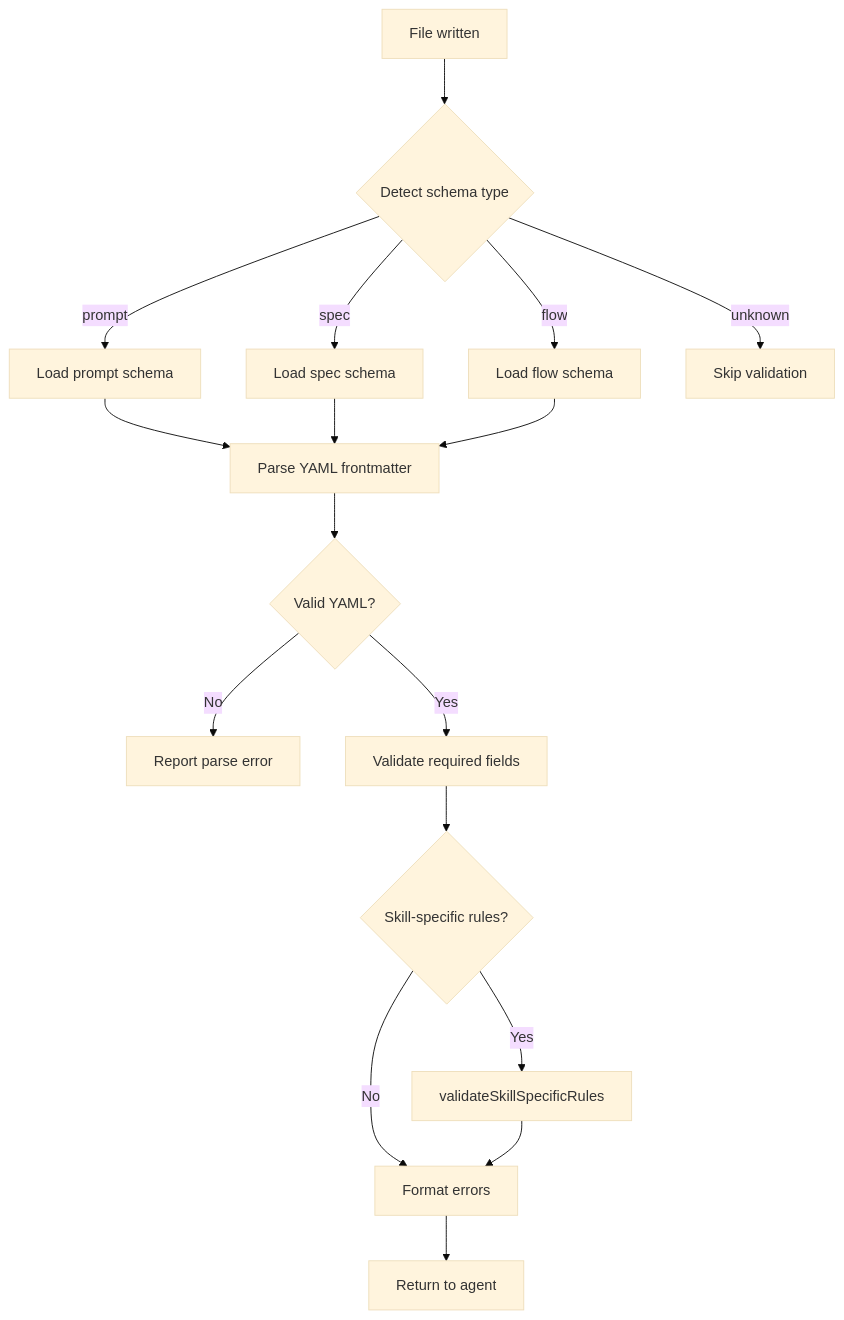
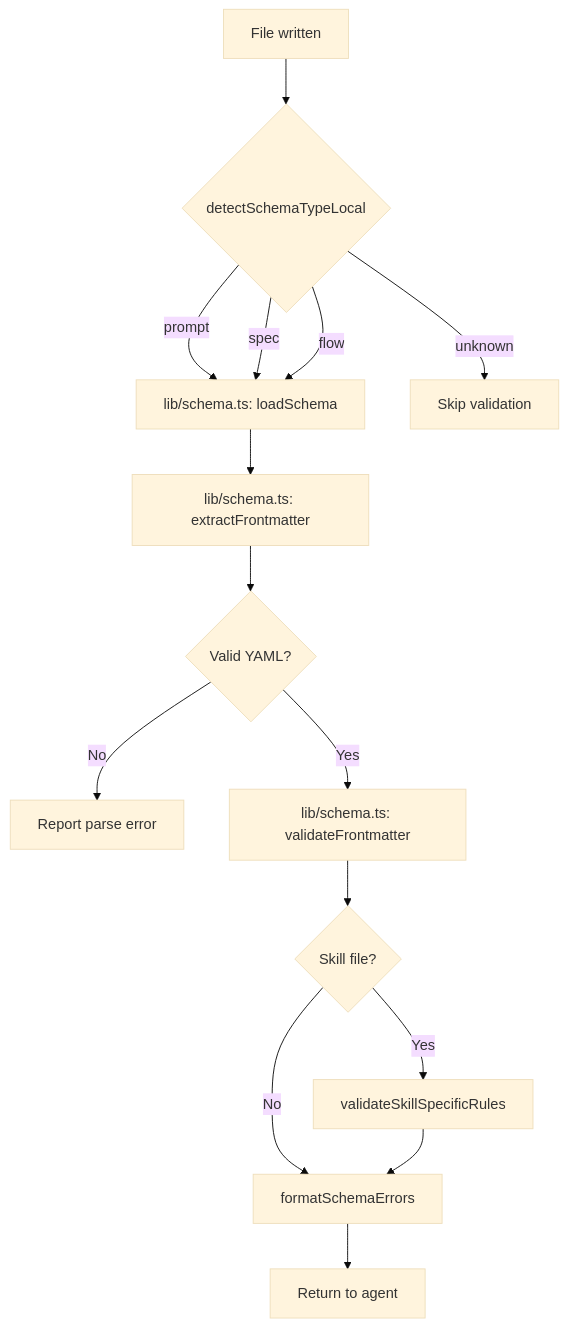
One commit to kalem-edlin/all-hands-cli changed the diagram in docs/harness/hooks/validation-hooks.md. Above: the diagram before and after it, drawn with Mermaid (base theme). The commit also changed other lines of this file and 12 other files, not shown here.

````diff
--- a/docs/harness/hooks/validation-hooks.md
+++ b/docs/harness/hooks/validation-hooks.md
@@ -32,19 +47,17 @@
 ```mermaid
 flowchart TD
-    A[File written] --> B{Detect schema type}
-    B -->|prompt| C[Load prompt schema]
-    B -->|spec| D[Load spec schema]
-    B -->|flow| E[Load flow schema]
+    A[File written] --> B{detectSchemaTypeLocal}
+    B -->|prompt| C[lib/schema.ts: loadSchema]
+    B -->|spec| C
+    B -->|flow| C
     B -->|unknown| F[Skip validation]
-    C --> G[Parse YAML frontmatter]
-    D --> G
-    E --> G
+    C --> G[lib/schema.ts: extractFrontmatter]
     G --> H{Valid YAML?}
     H -->|No| I[Report parse error]
-    H -->|Yes| J[Validate required fields]
-    J --> K{Skill-specific rules?}
+    H -->|Yes| J[lib/schema.ts: validateFrontmatter]
+    J --> K{Skill file?}
     K -->|Yes| L[validateSkillSpecificRules]
-    K -->|No| M[Format errors]
+    K -->|No| M[formatSchemaErrors]
     L --> M
     M --> N[Return to agent]
 ```
````
